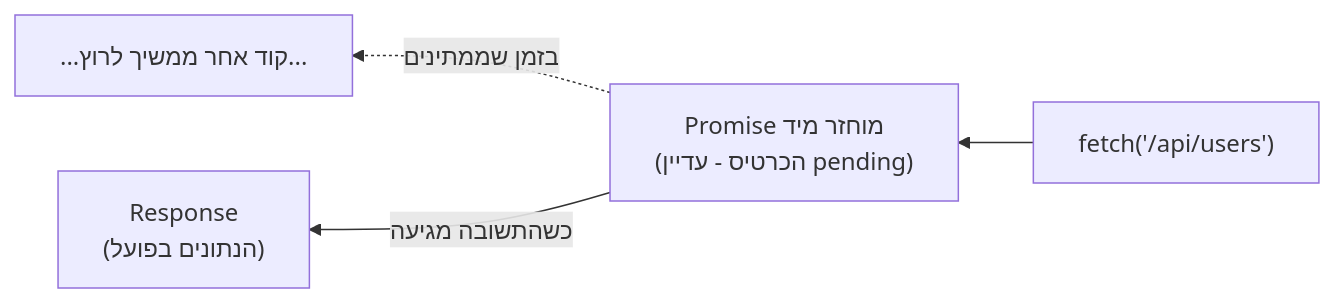
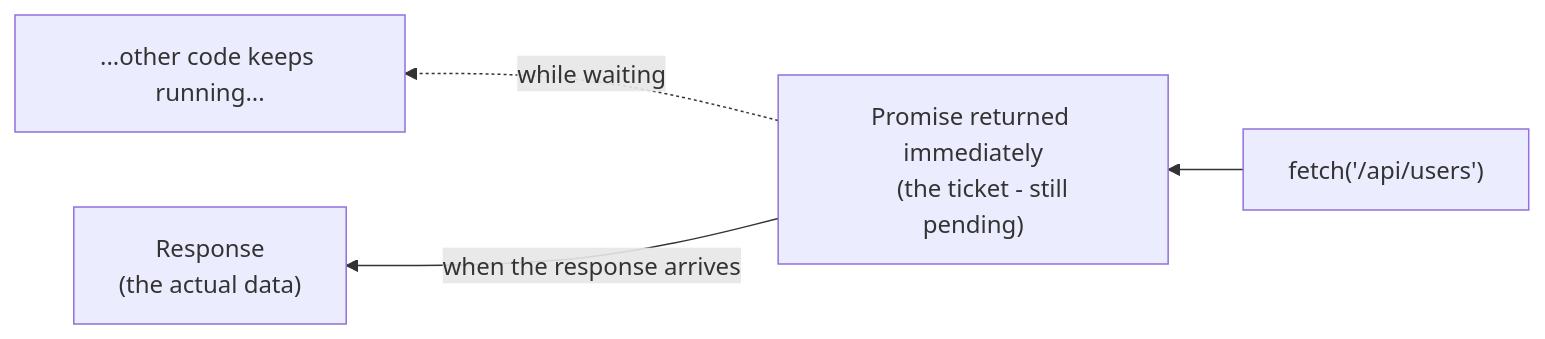
The diagram in content/docs/javascript/20-js-fetch-api-content.md (neriyaMalachi/FullStack_kodkode_5), drawn with Mermaid before and after one commit. The commit also changed other lines of this file and 117 other files, not shown here.

````diff
--- a/content/docs/javascript/20-js-fetch-api-content.md
+++ b/content/docs/javascript/20-js-fetch-api-content.md
@@ -42,8 +42,8 @@
 ```mermaid
 flowchart RL
-    A["fetch('/api/users')"] --> B["Promise מוחזר מיד
-    (הכרטיס - עדיין pending)"]
-    B -.בזמן שממתינים.-> C["...קוד אחר ממשיך לרוץ..."]
-    B -->|"כשהתשובה מגיעה"| D["Response
-    (הנתונים בפועל)"]
+    A["fetch('/api/users')"] --> B["Promise returned immediately
+    (the ticket - still pending)"]
+    B -.while waiting.-> C["...other code keeps running..."]
+    B -->|"when the response arrives"| D["Response
+    (the actual data)"]
 ```
````
